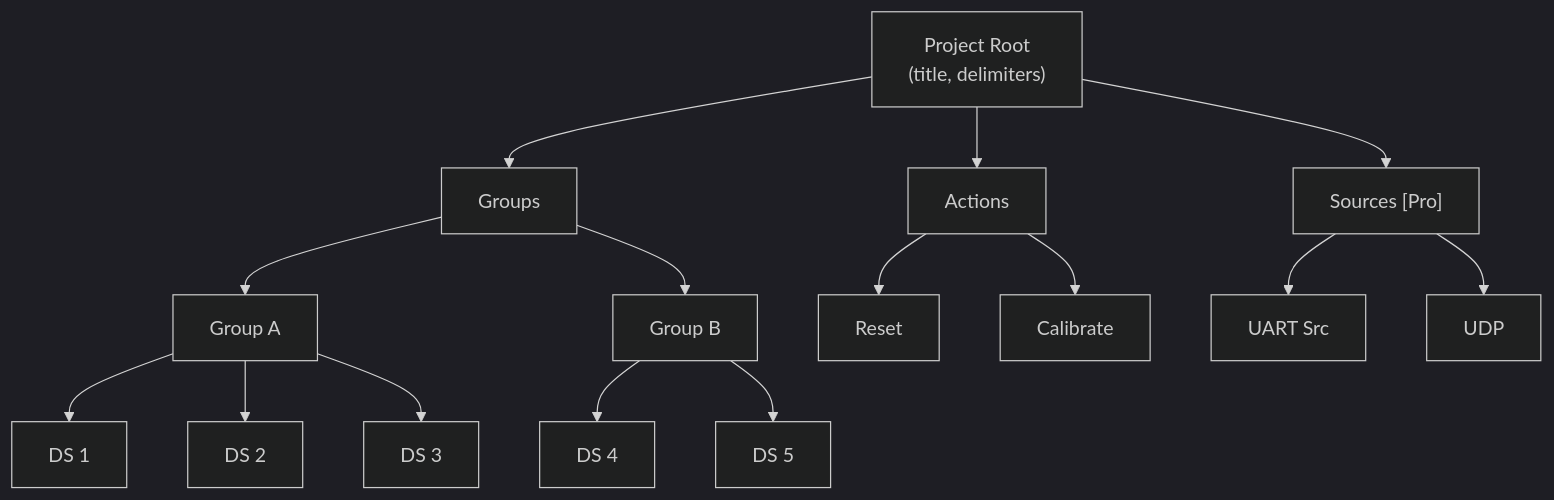
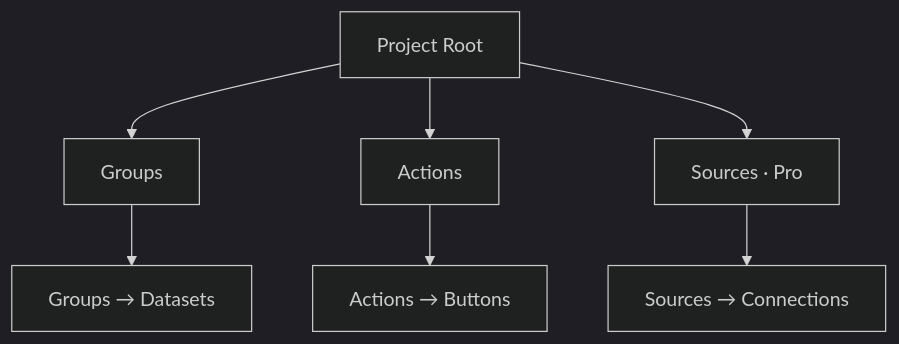
Before and after one commit to Serial-Studio/Serial-Studio: the first of 2 diagrams in doc/help/Project-Editor.md, drawn with Mermaid (dark theme). The commit also changed other lines of this file and 11 other files, not shown here.

````diff
--- a/doc/help/Project-Editor.md
+++ b/doc/help/Project-Editor.md
@@ -13,23 +13,10 @@
 ```mermaid
 flowchart TD
-    Root["Project Root\n(title, delimiters)"]
+    Root["Project Root"]
     Root --> Groups
     Root --> Actions
-    Root --> Sources["Sources [Pro]"]
-
-    Groups --> GA["Group A"]
-    Groups --> GB["Group B"]
-
-    GA --> DS1["DS 1"]
-    GA --> DS2["DS 2"]
-    GA --> DS3["DS 3"]
-
-    GB --> DS4["DS 4"]
-    GB --> DS5["DS 5"]
-
-    Actions --> Reset
-    Actions --> Calibrate
-
-    Sources --> UART["UART Src"]
-    Sources --> UDP
+    Root --> Sources["Sources · Pro"]
+    Groups --> G["Groups → Datasets"]
+    Actions --> A["Actions → Buttons"]
+    Sources --> S["Sources → Connections"]
 ```
````
